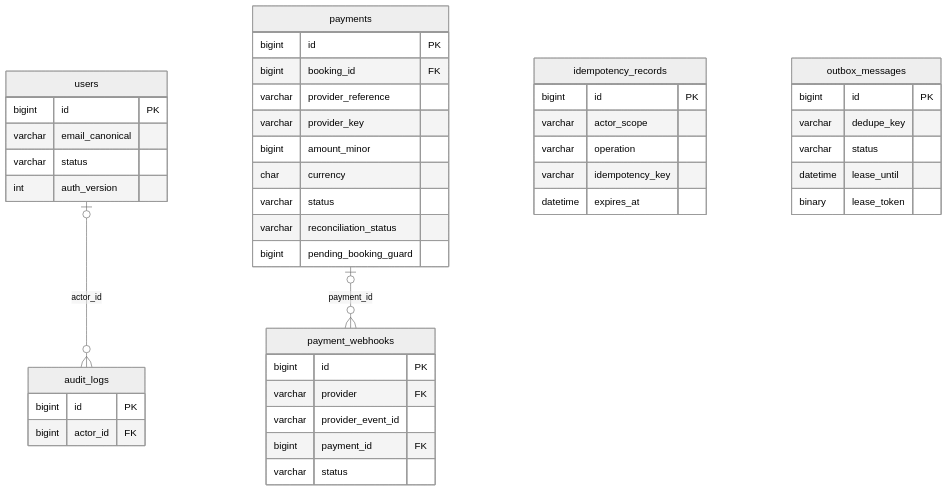
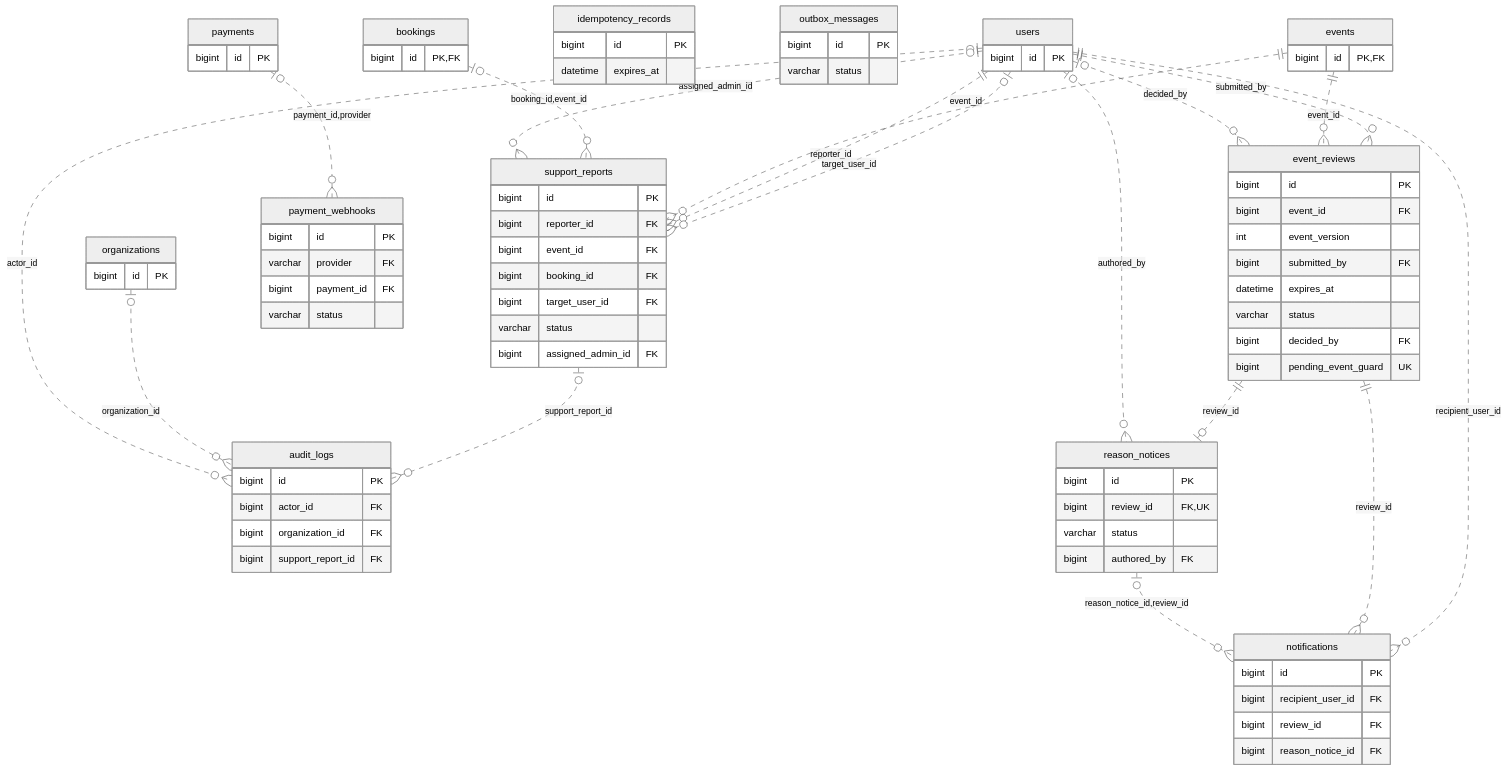
Before and after one commit to TienTrn05/Event_booking_ticket: the diagram in docs/diagrams/08-erd-operations.mmd, drawn with Mermaid (neutral theme). The commit also changed 56 other files, not shown here.

```diff
--- a/docs/diagrams/08-erd-operations.mmd
+++ b/docs/diagrams/08-erd-operations.mmd
@@ -1,45 +1,85 @@
 erDiagram
-    users {
+    %% ADR-014: physical FK groups; full columns and constraints in schema.sql.
+    audit_logs {
         bigint id PK
-        varchar email_canonical
+        bigint actor_id FK
+        bigint organization_id FK
+        bigint support_report_id FK
+    }
+    bookings {
+        bigint id PK,FK
+    }
+    event_reviews {
+        bigint id PK
+        bigint event_id FK
+        int event_version
+        bigint submitted_by FK
+        datetime expires_at
         varchar status
-        int auth_version
+        bigint decided_by FK
+        bigint pending_event_guard UK
     }
-    payments {
+    events {
+        bigint id PK,FK
+    }
+    idempotency_records {
         bigint id PK
-        bigint booking_id FK
-        varchar provider_reference
-        varchar provider_key
-        bigint amount_minor
-        char currency
+        datetime expires_at
+    }
+    notifications {
+        bigint id PK
+        bigint recipient_user_id FK
+        bigint review_id FK
+        bigint reason_notice_id FK
+    }
+    organizations {
+        bigint id PK
+    }
+    outbox_messages {
+        bigint id PK
         varchar status
-        varchar reconciliation_status
-        bigint pending_booking_guard
     }
     payment_webhooks {
         bigint id PK
         varchar provider FK
-        varchar provider_event_id
         bigint payment_id FK
         varchar status
     }
-    idempotency_records {
+    payments {
         bigint id PK
-        varchar actor_scope
-        varchar operation
-        varchar idempotency_key
-        datetime expires_at
     }
-    outbox_messages {
+    reason_notices {
         bigint id PK
-        varchar dedupe_key
+        bigint review_id FK,UK
         varchar status
-        datetime lease_until
-        binary lease_token
+        bigint authored_by FK
     }
-    audit_logs {
+    support_reports {
         bigint id PK
-        bigint actor_id FK
+        bigint reporter_id FK
+        bigint event_id FK
+        bigint booking_id FK
+        bigint target_user_id FK
+        varchar status
+        bigint assigned_admin_id FK
     }
-    payments |o--o{ payment_webhooks : "payment_id"
-    users |o--o{ audit_logs : "actor_id"
+    users {
+        bigint id PK
+    }
+    users |o..o{ audit_logs : "actor_id"
+    organizations |o..o{ audit_logs : "organization_id"
+    support_reports |o..o{ audit_logs : "support_report_id"
+    users |o..o{ event_reviews : "decided_by"
+    events ||..o{ event_reviews : "event_id"
+    users ||..o{ event_reviews : "submitted_by"
+    reason_notices |o..o{ notifications : "reason_notice_id,review_id"
+    event_reviews ||..o{ notifications : "review_id"
+    users ||..o{ notifications : "recipient_user_id"
+    payments |o..o{ payment_webhooks : "payment_id,provider"
+    users |o..o{ reason_notices : "authored_by"
+    event_reviews ||..o| reason_notices : "review_id"
+    users |o..o{ support_reports : "assigned_admin_id"
+    bookings |o..o{ support_reports : "booking_id,event_id"
+    events ||..o{ support_reports : "event_id"
+    users ||..o{ support_reports : "reporter_id"
+    users |o..o{ support_reports : "target_user_id"
```
